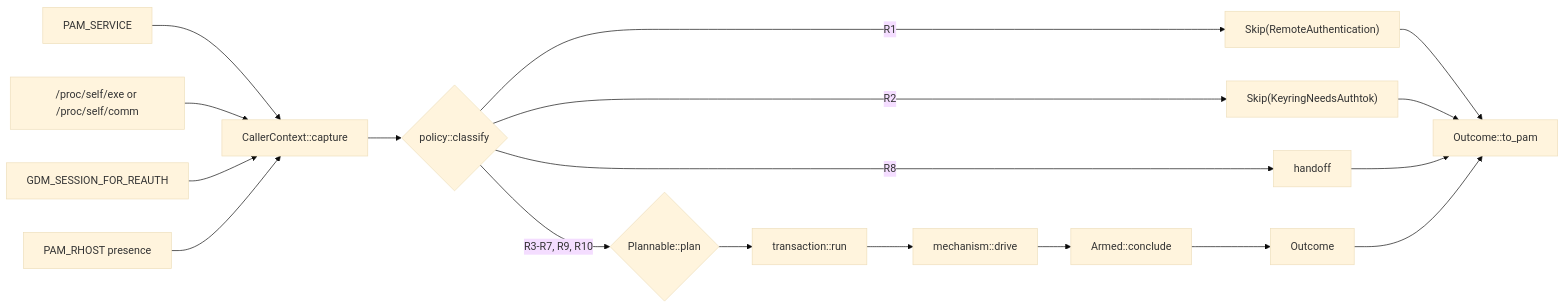
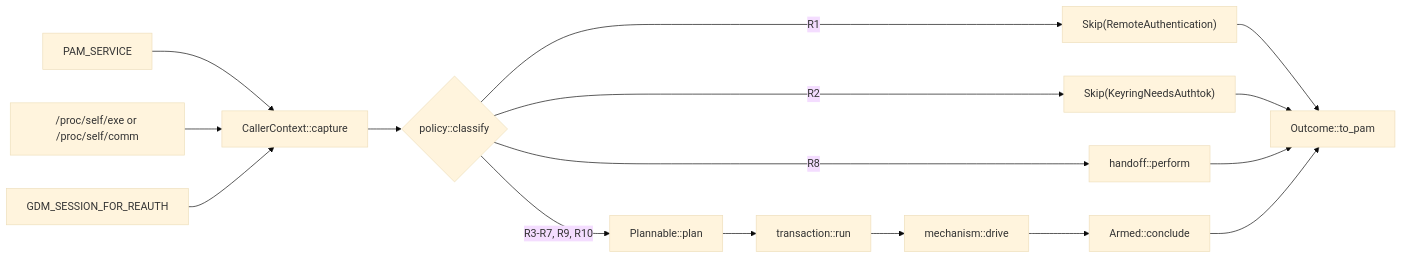
The diagram in docs/design-documents/pam-conversation-policy.md (Lolle2000la/tapauth), drawn with Mermaid (base theme) before and after one commit. The commit also changed other lines of this file, not shown here.

Commit message:
docs(pam): describe the implemented conversation policy

````diff
--- a/docs/design-documents/pam-conversation-policy.md
+++ b/docs/design-documents/pam-conversation-policy.md
@@ -806,20 +285,18 @@
 ```mermaid
 flowchart LR
-  A["PAM_SERVICE"] --> C["CallerContext::capture"]
-  B["/proc/self/exe or /proc/self/comm"] --> C
+  S["PAM_SERVICE"] --> C["CallerContext::capture"]
+  P["/proc/self/exe or /proc/self/comm"] --> C
   E["GDM_SESSION_FOR_REAUTH"] --> C
-  R["PAM_RHOST presence"] --> C
-  C --> P{"policy::classify"}
-  P -->|R1| S1["Skip(RemoteAuthentication)"]
-  P -->|R2| S["Skip(KeyringNeedsAuthtok)"]
-  P -->|R8| H["handoff"]
-  P -->|"R3-R7, R9, R10"| T{"Plannable::plan"}
+  C --> K{"policy::classify"}
+  K -->|R1| SR["Skip(RemoteAuthentication)"]
+  K -->|R2| SK["Skip(KeyringNeedsAuthtok)"]
+  K -->|R8| H["handoff::perform"]
+  K -->|"R3-R7, R9, R10"| T["Plannable::plan"]
   T --> X["transaction::run"]
   X --> M["mechanism::drive"]
-  M --> K["Armed::conclude"]
-  K --> O["Outcome"]
-  S1 --> O2["Outcome::to_pam"]
-  S --> O2
-  H --> O2
-  O --> O2
+  M --> A["Armed::conclude"]
+  SR --> O["Outcome::to_pam"]
+  SK --> O
+  H --> O
+  A --> O
 ```
````
